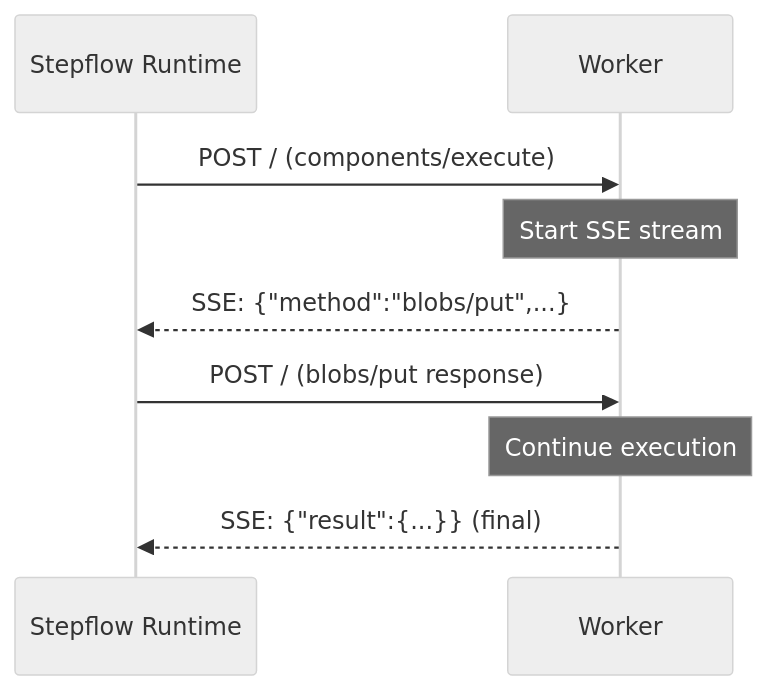
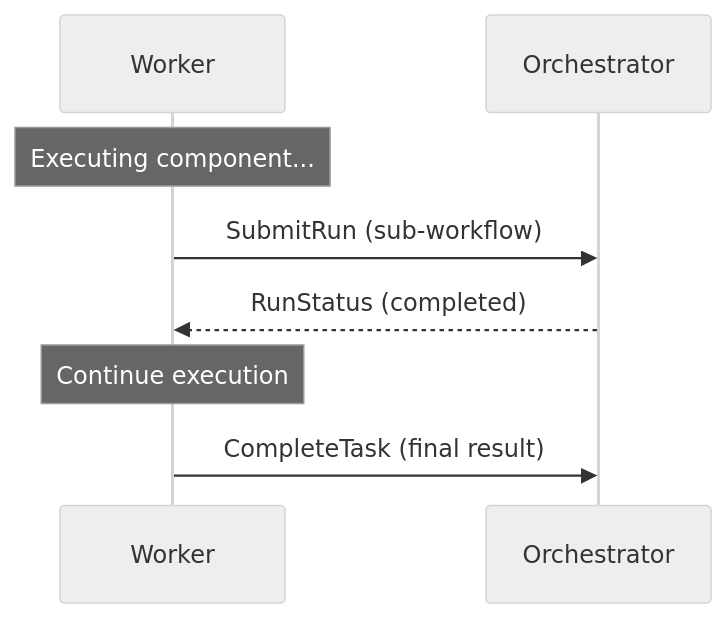
The second of 2 diagrams in docs/docs/protocol/transport.md (stepflow-ai/stepflow), drawn with Mermaid (neutral theme) before and after one commit. The commit also changed other lines of this file and 28 other files, not shown here.

First line of the commit message:
docs: Update documentation for gRPC-first architecture

````diff
--- a/docs/docs/protocol/transport.md
+++ b/docs/docs/protocol/transport.md
@@ -85,12 +94,11 @@
 ```mermaid
 sequenceDiagram
-    participant Runtime as Stepflow Runtime
     participant Worker as Worker
+    participant Orchestrator as Orchestrator
 
-    Runtime->>Worker: POST / (components/execute)
-    Note over Worker: Start SSE stream
-    Worker-->>Runtime: SSE: {"method":"blobs/put",...}
-    Runtime->>Worker: POST / (blobs/put response)
+    Note over Worker: Executing component...
+    Worker->>Orchestrator: SubmitRun (sub-workflow)
+    Orchestrator-->>Worker: RunStatus (completed)
     Note over Worker: Continue execution
-    Worker-->>Runtime: SSE: {"result":{...}} (final)
+    Worker->>Orchestrator: CompleteTask (final result)
 ```
````
